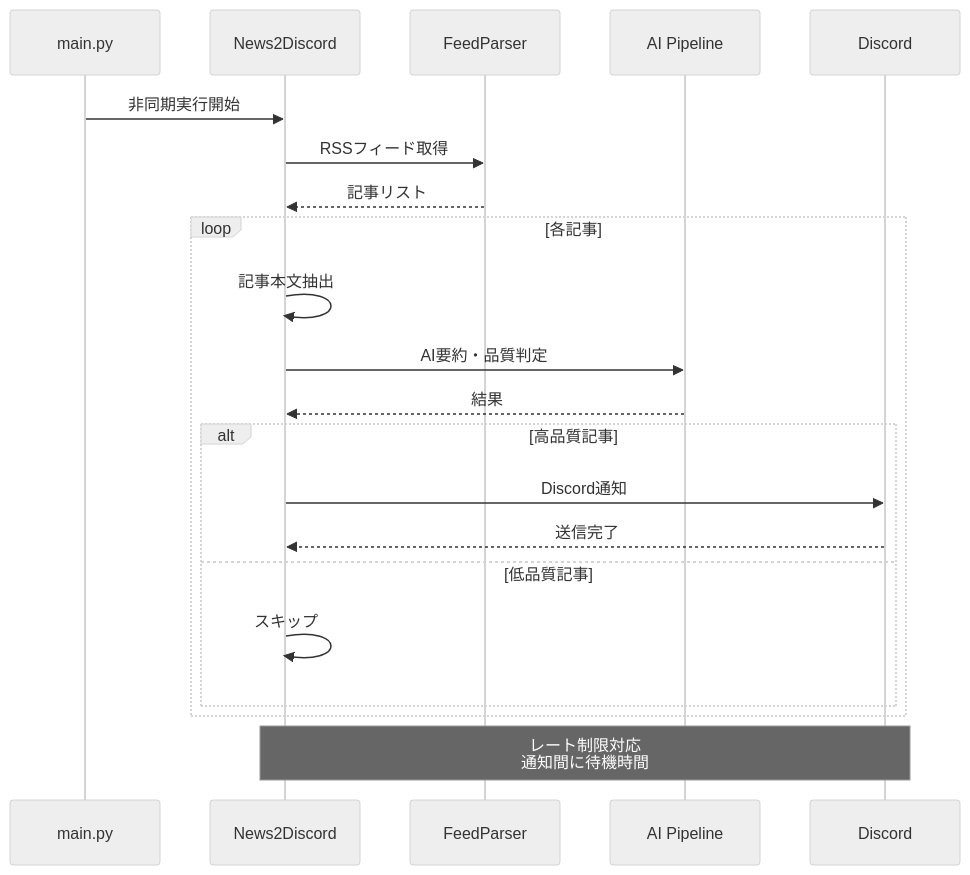
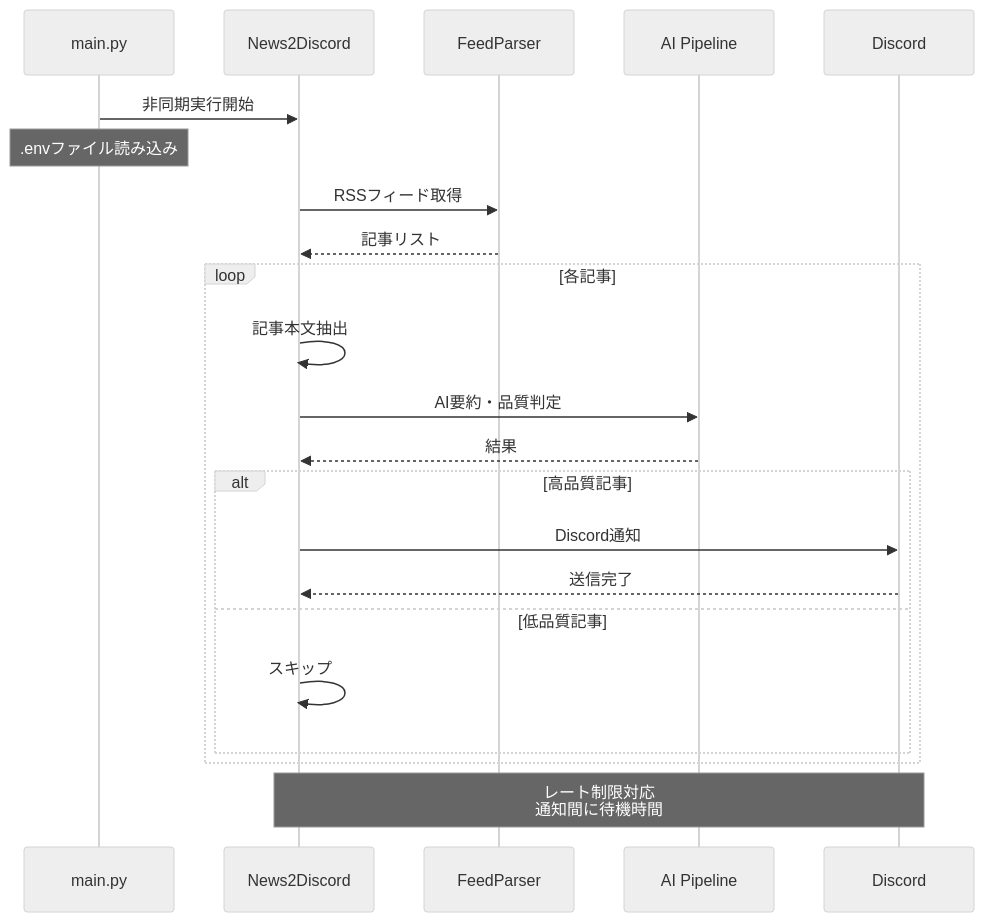
One commit to rmc8/news2discord changed the second of 3 diagrams in README.md. Above: the diagram before and after it, drawn with Mermaid (neutral theme). The commit also changed other lines of this file and 4 other files, not shown here.

````diff
--- a/README.md
+++ b/README.md
@@ -69,27 +72,28 @@
 ```mermaid
 sequenceDiagram
     participant M as main.py
     participant N as News2Discord
     participant F as FeedParser
     participant A as AI Pipeline
     participant D as Discord
     
     M->>N: 非同期実行開始
+    Note over M: .envファイル読み込み
     N->>F: RSSフィード取得
     F-->>N: 記事リスト
     
     loop 各記事
         N->>N: 記事本文抽出
         N->>A: AI要約・品質判定
         A-->>N: 結果
         
         alt 高品質記事
             N->>D: Discord通知
             D-->>N: 送信完了
         else 低品質記事
             N->>N: スキップ
         end
     end
     
     Note over N,D: レート制限対応<br/>通知間に待機時間
 ```
````
